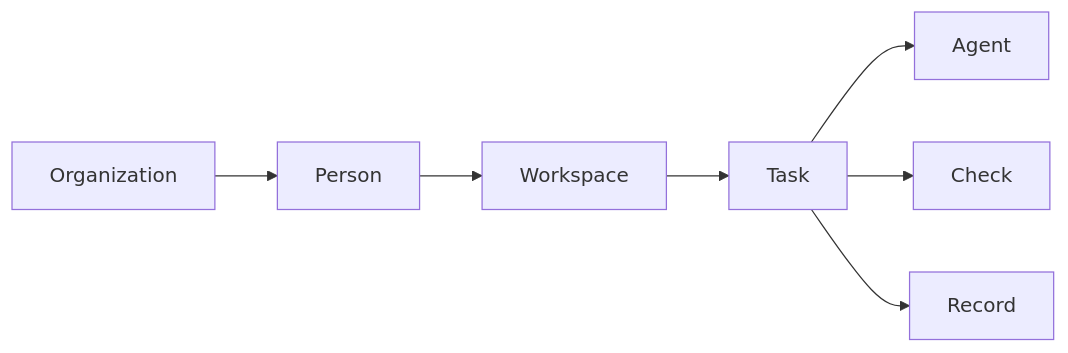
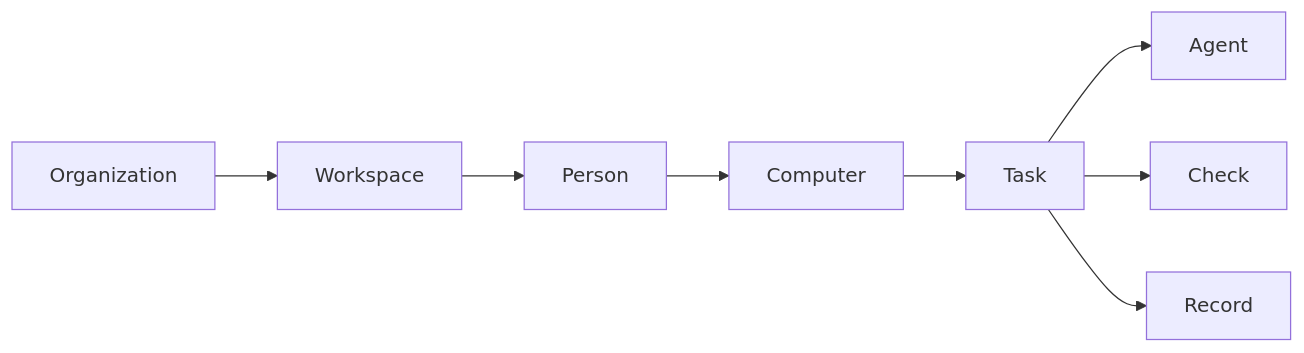
Before and after one commit to getlatentic/gusto: the first of 5 diagrams in docs/ARCHITECTURE.md, drawn with Mermaid. The commit also changed other lines of this file and 40 other files, not shown here.

First line of the commit message:
docs(terms): one glossary; a person's machine is a computer

````diff
--- a/docs/ARCHITECTURE.md
+++ b/docs/ARCHITECTURE.md
@@ -18,9 +18,10 @@
 ```mermaid
 flowchart LR
-  O[Organization] --> P[Person]
-  P --> W[Workspace]
-  W --> T[Task]
+  O[Organization] --> W[Workspace]
+  W --> P[Person]
+  P --> M[Computer]
+  M --> T[Task]
   T --> A[Agent]
   T --> C[Check]
   T --> R[Record]
 ```
````
